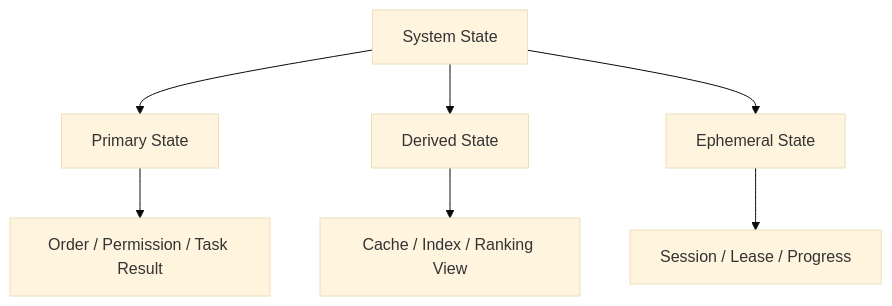
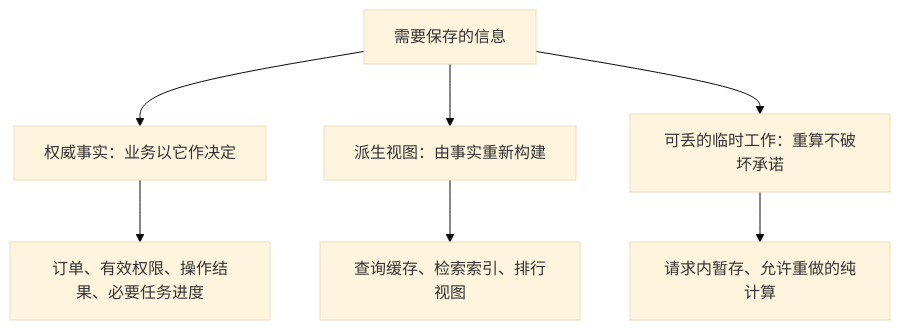
Before and after one commit to studyzhige-ui/ai-application-interview-handbook: the second of 6 diagrams in curriculum/10-system-design/review/README.md, drawn with Mermaid (base theme). The commit also changed other lines of this file and 33 other files, not shown here.

````diff
--- a/curriculum/10-system-design/review/README.md
+++ b/curriculum/10-system-design/review/README.md
@@ -35,9 +25,9 @@
 ```mermaid
 flowchart TD
-    A["System State"] --> B["Primary State"]
-    A --> C["Derived State"]
-    A --> D["Ephemeral State"]
-    B --> E["Order / Permission / Task Result"]
-    C --> F["Cache / Index / Ranking View"]
-    D --> G["Session / Lease / Progress"]
+    A["需要保存的信息"] --> B["权威事实：业务以它作决定"]
+    A --> C["派生视图：由事实重新构建"]
+    A --> D["可丢的临时工作：重算不破坏承诺"]
+    B --> E["订单、有效权限、操作结果、必要任务进度"]
+    C --> F["查询缓存、检索索引、排行视图"]
+    D --> G["请求内暂存、允许重做的纯计算"]
 ```
````
